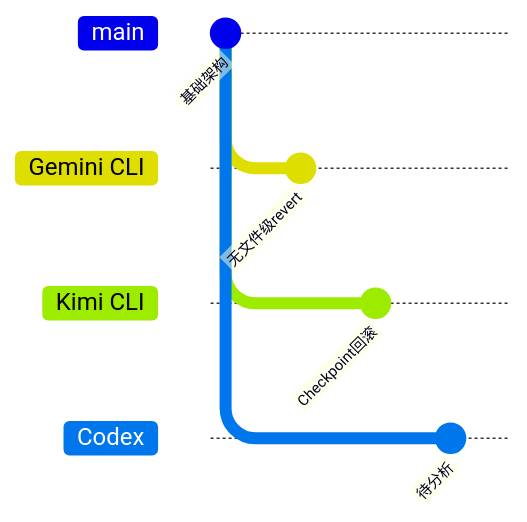
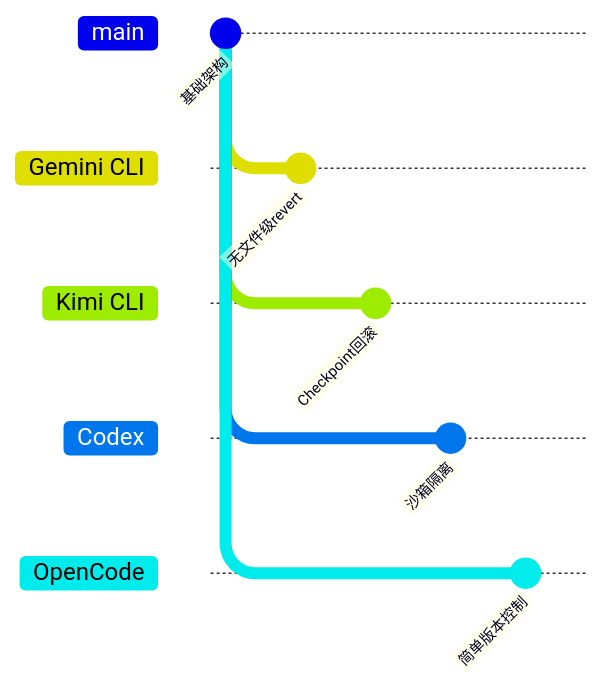
The ninth of 9 diagrams in docs/gemini-cli/questions/gemini-cli-revert-user-edit-conflict.md (giraffe-tree/agent-base), drawn with Mermaid before and after one commit. The commit also changed other lines of this file and 155 other files, not shown here.

````diff
--- a/docs/gemini-cli/questions/gemini-cli-revert-user-edit-conflict.md
+++ b/docs/gemini-cli/questions/gemini-cli-revert-user-edit-conflict.md
@@ -492,15 +513,19 @@
 ```mermaid
 gitGraph
     commit id: "基础架构"
     branch "Gemini CLI"
     checkout "Gemini CLI"
     commit id: "无文件级revert"
     checkout main
     branch "Kimi CLI"
     checkout "Kimi CLI"
     commit id: "Checkpoint回滚"
     checkout main
     branch "Codex"
     checkout "Codex"
-    commit id: "待分析"
+    commit id: "沙箱隔离"
+    checkout main
+    branch "OpenCode"
+    checkout "OpenCode"
+    commit id: "简单版本控制"
 ```
````
